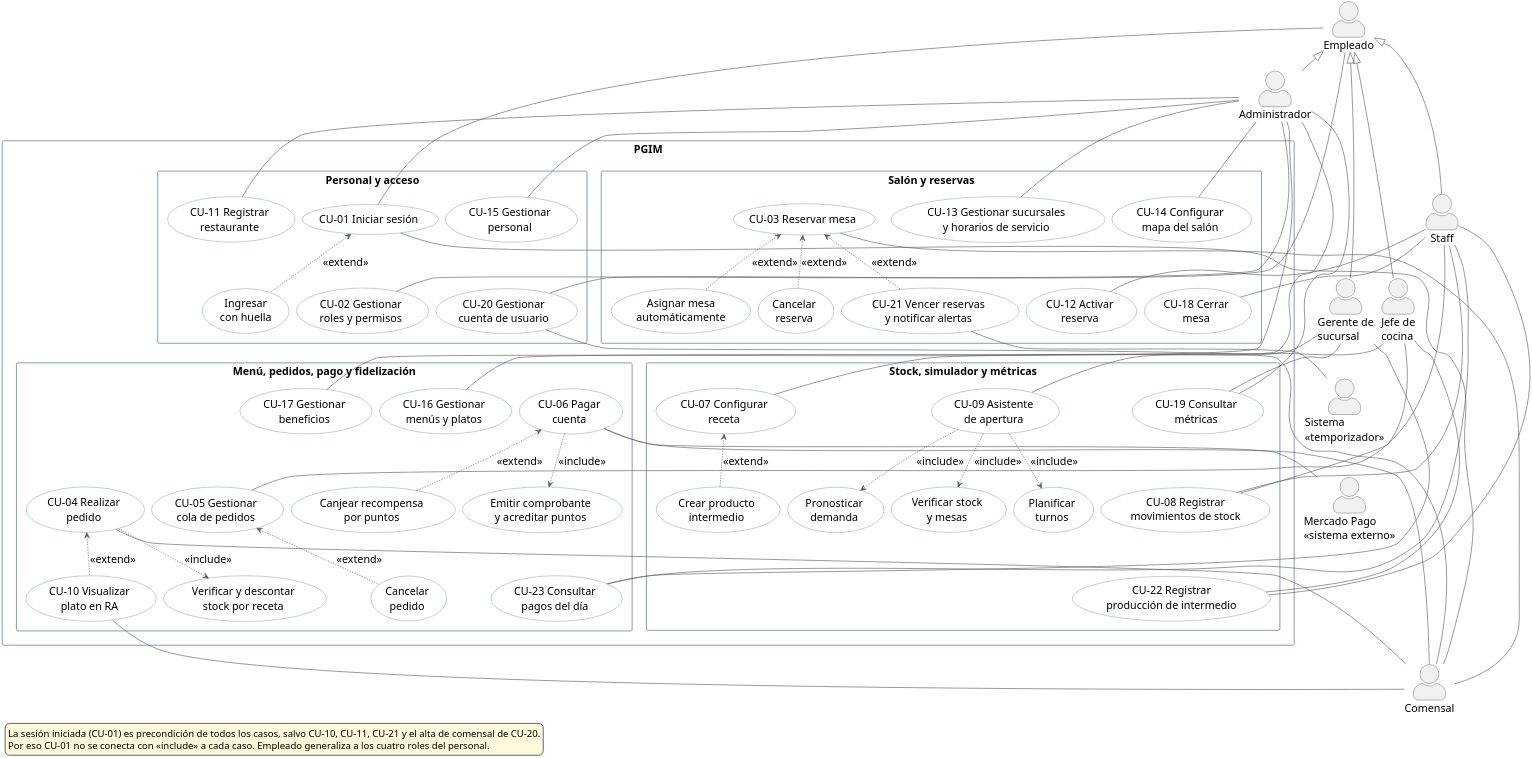
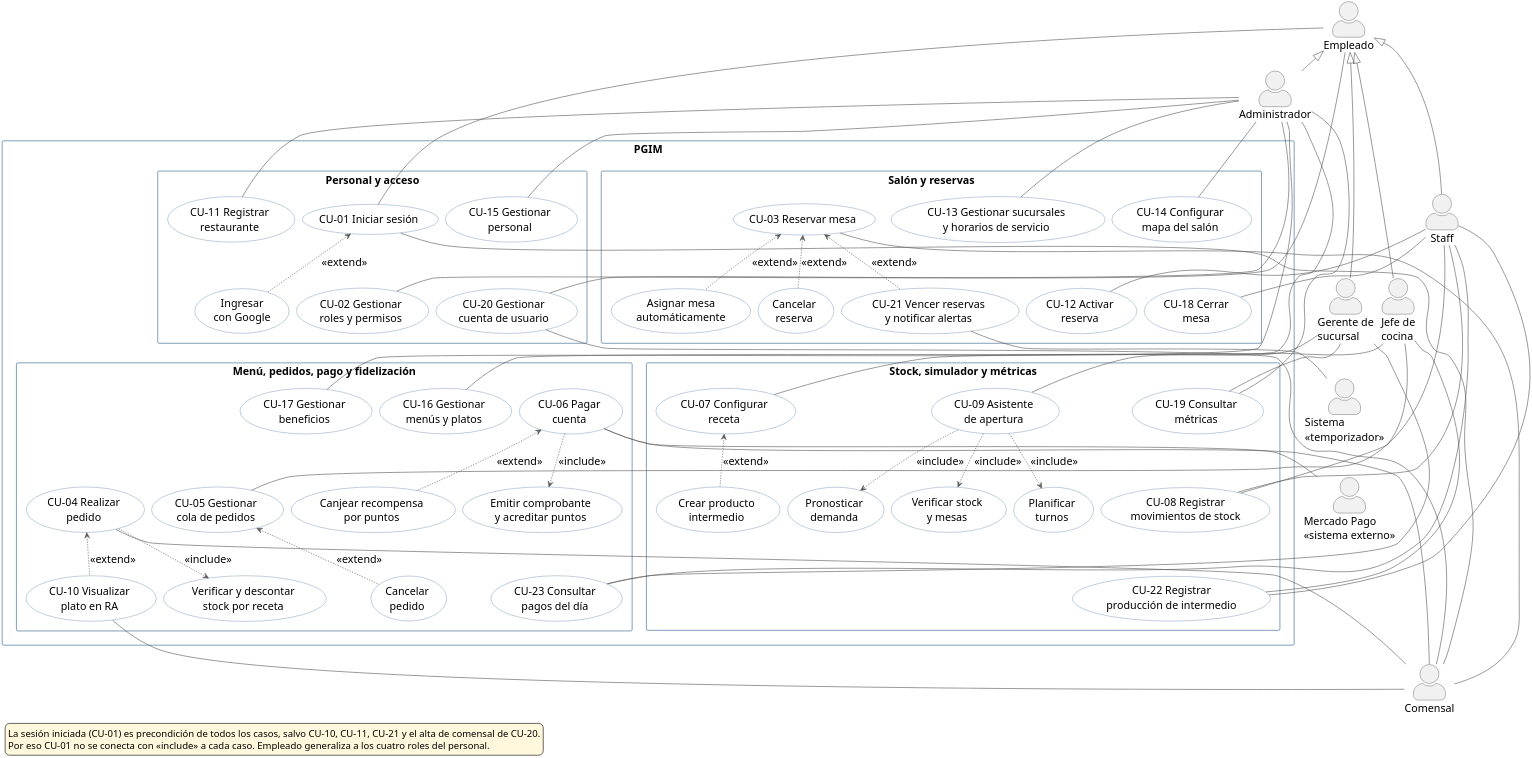
Before and after one commit to GabrielLigresti/TFG-PGIM: the diagram in docs/modelos/casos-de-uso/0-general/v1/cu-general-v1.puml, drawn with PlantUML. The commit also changed 13 other files, not shown here.

First line of the commit message:
Quitar la huella y agregar el ingreso con Google del comensal en los modelos

```diff
--- a/docs/modelos/casos-de-uso/0-general/v1/cu-general-v1.puml
+++ b/docs/modelos/casos-de-uso/0-general/v1/cu-general-v1.puml
@@ -1,156 +1,156 @@
 @startuml cu-general-v1
 top to bottom direction
 skinparam dpi 300
 skinparam defaultFontName Calibri
 skinparam defaultFontSize 18
 skinparam shadowing false
 skinparam legendFontSize 16
 skinparam legendBackgroundColor #FFF8DC
 skinparam packageStyle rectangle
 skinparam actorStyle awesome
 skinparam nodesep 12
 skinparam ranksep 30
 skinparam usecase {
   BackgroundColor #FFFFFF
   BorderColor #2E5E8C
   ArrowColor #555555
 }
 skinparam rectangle {
   BorderColor #2E5E8C
   FontStyle bold
 }
 skinparam note {
   BackgroundColor #FFF8DC
   BorderColor #999999
 }
 
 actor "Empleado" as EMP
 actor "Administrador" as ADM
 actor "Gerente de\nsucursal" as GER
 actor "Jefe de\ncocina" as JEF
 actor "Staff" as STF
 actor "Comensal" as COM
 actor "Mercado Pago\n<<sistema externo>>" as MP
 actor "Sistema\n<<temporizador>>" as SYS
 
 EMP <|-- ADM
 EMP <|-- GER
 EMP <|-- JEF
 EMP <|-- STF
 
 rectangle "PGIM" {
   rectangle "Personal y acceso" {
     usecase "CU-01 Iniciar sesión" as CU01
-    usecase "Ingresar\ncon huella" as HUE
+    usecase "Ingresar\ncon Google" as HUE
     usecase "CU-20 Gestionar\ncuenta de usuario" as CU20
     usecase "CU-02 Gestionar\nroles y permisos" as CU02
     usecase "CU-11 Registrar\nrestaurante" as CU11
     usecase "CU-15 Gestionar\npersonal" as CU15
   }
   rectangle "Salón y reservas" {
     usecase "CU-13 Gestionar sucursales\ny horarios de servicio" as CU13
     usecase "CU-14 Configurar\nmapa del salón" as CU14
     usecase "CU-03 Reservar mesa" as CU03
     usecase "Asignar mesa\nautomáticamente" as AUTO
     usecase "Cancelar\nreserva" as CANR
     usecase "CU-12 Activar\nreserva" as CU12
     usecase "CU-18 Cerrar\nmesa" as CU18
     usecase "CU-21 Vencer reservas\ny notificar alertas" as CU21
   }
   rectangle "Menú, pedidos, pago y fidelización" {
     usecase "CU-16 Gestionar\nmenús y platos" as CU16
     usecase "CU-17 Gestionar\nbeneficios" as CU17
     usecase "CU-04 Realizar\npedido" as CU04
     usecase "CU-10 Visualizar\nplato en RA" as CU10
     usecase "Verificar y descontar\nstock por receta" as STK
     usecase "CU-05 Gestionar\ncola de pedidos" as CU05
     usecase "Cancelar\npedido" as CANP
     usecase "CU-06 Pagar\ncuenta" as CU06
     usecase "Emitir comprobante\ny acreditar puntos" as COMP
     usecase "Canjear recompensa\npor puntos" as CANJE
     usecase "CU-23 Consultar\npagos del día" as CU23
   }
   rectangle "Stock, simulador y métricas" {
     usecase "CU-07 Configurar\nreceta" as CU07
     usecase "Crear producto\nintermedio" as INT
     usecase "CU-08 Registrar\nmovimientos de stock" as CU08
     usecase "CU-22 Registrar\nproducción de intermedio" as CU22
     usecase "CU-09 Asistente\nde apertura" as CU09
     usecase "Pronosticar\ndemanda" as PRON
     usecase "Verificar stock\ny mesas" as VERI
     usecase "Planificar\nturnos" as TURN
     usecase "CU-19 Consultar\nmétricas" as CU19
   }
 }
 
 ' --- Personal (arriba)
 EMP -- CU01
 EMP -- CU20
 ADM -- CU02
 ADM -- CU11
 ADM -- CU15
 ADM -- CU13
 ADM -- CU14
 ADM -- CU16
 ADM -- CU17
 ADM -- CU19
 GER -- CU09
 GER -- CU19
 JEF -- CU07
 JEF -- CU08
 JEF -- CU22
 STF -- CU05
 STF -- CU08
 STF -- CU22
 STF -- CU12
 STF -- CU18
 GER -- CU23
 STF -- CU23
 
 ' --- Comensal y sistemas externos (abajo)
 CU01 -- COM
 CU20 -- COM
 CU03 -- COM
 CU04 -- COM
 CU10 -- COM
 CU06 -- COM
 CU06 -- MP
 CU21 -- SYS
 
 ' --- include / extend
 CU01 <.. HUE : <<extend>>
 CU03 <.. AUTO : <<extend>>
 CU03 <.. CANR : <<extend>>
 CU03 <.. CU21 : <<extend>>
 CU04 <.. CU10 : <<extend>>
 CU04 ..> STK : <<include>>
 CU05 <.. CANP : <<extend>>
 CU06 ..> COMP : <<include>>
 CU06 <.. CANJE : <<extend>>
 CU07 <.. INT : <<extend>>
 CU09 ..> PRON : <<include>>
 CU09 ..> VERI : <<include>>
 CU09 ..> TURN : <<include>>
 
 ' --- Distribución en grilla 2x2
 ' filas internas
 CU11 -[hidden]down- CU02
 CU15 -[hidden]down- CU20
 CU13 -[hidden]down- CU12
 CU14 -[hidden]down- CU18
 CU16 -[hidden]down- CU05
 CU17 -[hidden]down- CU04
 CU19 -[hidden]down- CU08
 CU08 -[hidden]down- CU22
 CANP -[hidden]right- CU23
 ' módulos en dos filas
 HUE -[hidden]down- CU07
 CU02 -[hidden]down- CU19
 CU21 -[hidden]down- CU16
 CANR -[hidden]down- CU17
 
 legend bottom left
 La sesión iniciada (CU-01) es precondición de todos los casos, salvo CU-10, CU-11, CU-21 y el alta de comensal de CU-20.
 Por eso CU-01 no se conecta con «include» a cada caso. Empleado generaliza a los cuatro roles del personal.
 endlegend
 @enduml
```
